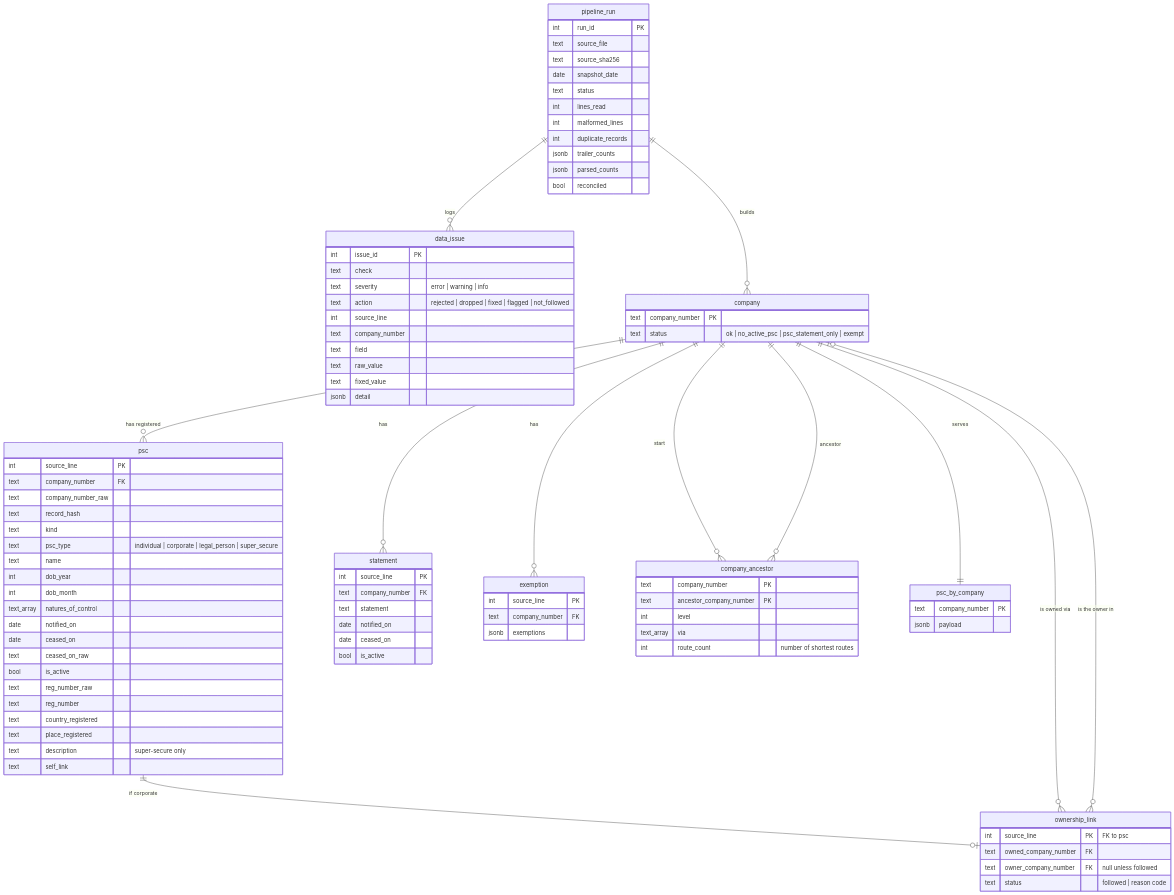
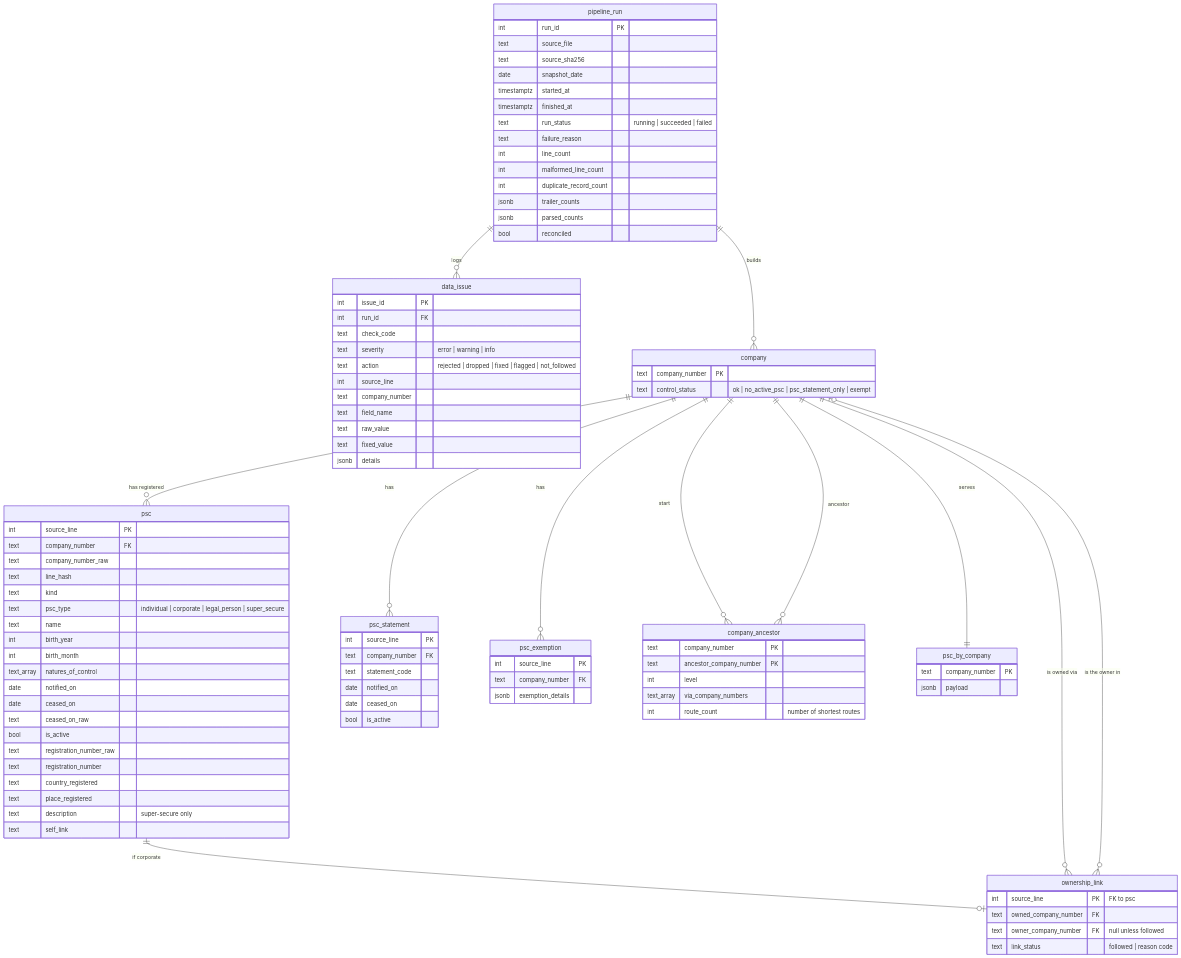
One commit to AgentSoftware/data-applications-tech-test changed the second of 2 diagrams in artifacts/plans/01-logical-data-model.md. Above: the diagram before and after it, drawn with Mermaid. The commit also changed other lines of this file and 5 other files, not shown here.

```diff
--- a/artifacts/plans/01-logical-data-model.md
+++ b/artifacts/plans/01-logical-data-model.md
@@ -65,8 +69,8 @@
   pipeline_run ||--o{ data_issue : "logs"
   pipeline_run ||--o{ company : "builds"
   company ||--o{ psc : "has registered"
-  company ||--o{ statement : "has"
-  company ||--o{ exemption : "has"
+  company ||--o{ psc_statement : "has"
+  company ||--o{ psc_exemption : "has"
   psc ||--o| ownership_link : "if corporate"
   company ||--o{ ownership_link : "is owned via"
   company |o--o{ ownership_link : "is the owner in"
@@ -79,77 +83,81 @@
     text source_file
     text source_sha256
     date snapshot_date
-    text status
-    int lines_read
-    int malformed_lines
-    int duplicate_records
+    timestamptz started_at
+    timestamptz finished_at
+    text run_status "running | succeeded | failed"
+    text failure_reason
+    int line_count
+    int malformed_line_count
+    int duplicate_record_count
     jsonb trailer_counts
     jsonb parsed_counts
     bool reconciled
   }
   company {
     text company_number PK
-    text status "ok | no_active_psc | psc_statement_only | exempt"
+    text control_status "ok | no_active_psc | psc_statement_only | exempt"
   }
   psc {
     int source_line PK
     text company_number FK
     text company_number_raw
-    text record_hash
+    text line_hash
     text kind
     text psc_type "individual | corporate | legal_person | super_secure"
     text name
-    int dob_year
-    int dob_month
+    int birth_year
+    int birth_month
     text_array natures_of_control
     date notified_on
     date ceased_on
     text ceased_on_raw
     bool is_active
-    text reg_number_raw
-    text reg_number
+    text registration_number_raw
+    text registration_number
     text country_registered
     text place_registered
     text description "super-secure only"
     text self_link
   }
-  statement {
+  psc_statement {
     int source_line PK
     text company_number FK
-    text statement
+    text statement_code
     date notified_on
     date ceased_on
     bool is_active
   }
-  exemption {
+  psc_exemption {
     int source_line PK
     text company_number FK
-    jsonb exemptions
+    jsonb exemption_details
   }
   ownership_link {
     int source_line PK "FK to psc"
     text owned_company_number FK
     text owner_company_number FK "null unless followed"
-    text status "followed | reason code"
+    text link_status "followed | reason code"
   }
   company_ancestor {
     text company_number PK
     text ancestor_company_number PK
     int level
-    text_array via
+    text_array via_company_numbers
     int route_count "number of shortest routes"
   }
   data_issue {
     int issue_id PK
-    text check
+    int run_id FK
+    text check_code
     text severity "error | warning | info"
     text action "rejected | dropped | fixed | flagged | not_followed"
     int source_line
     text company_number
-    text field
+    text field_name
     text raw_value
     text fixed_value
-    jsonb detail
+    jsonb details
   }
   psc_by_company {
     text company_number PK
```
